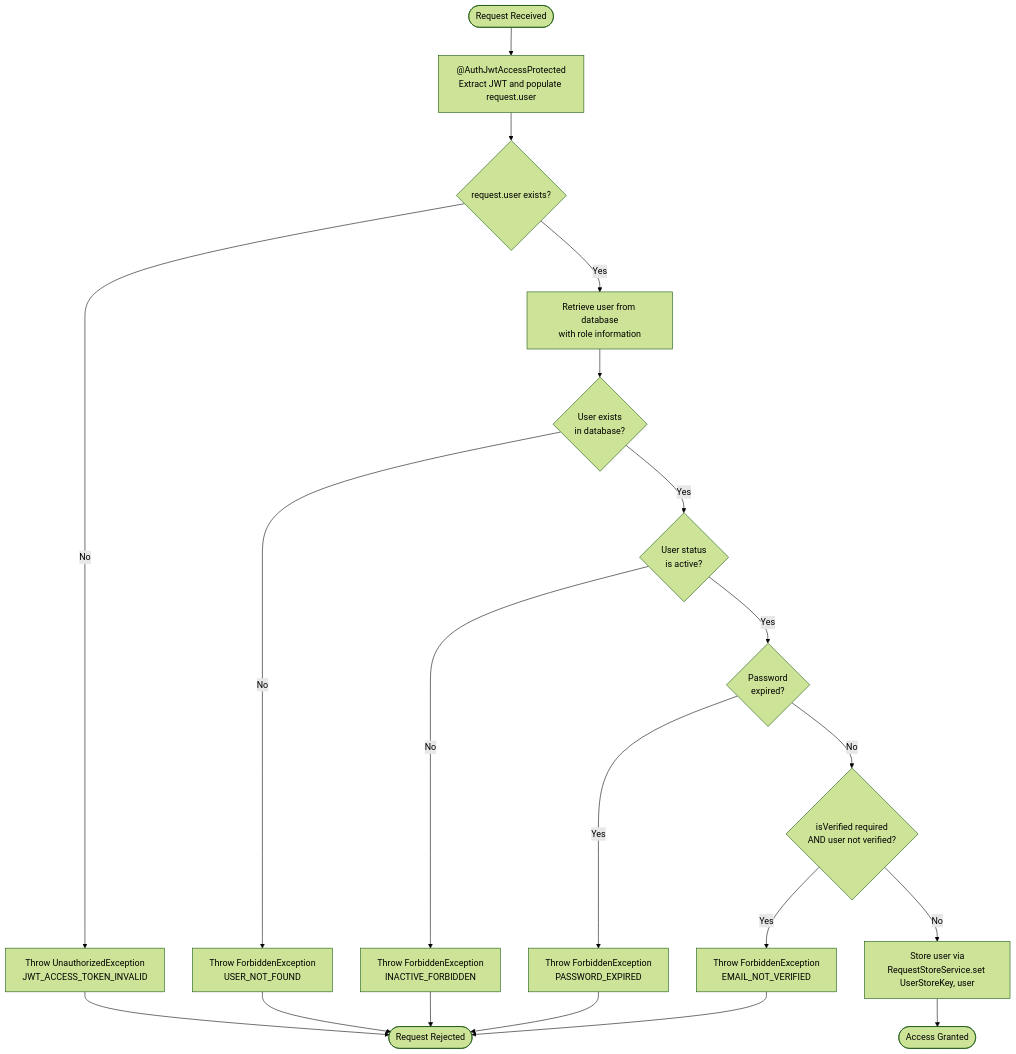
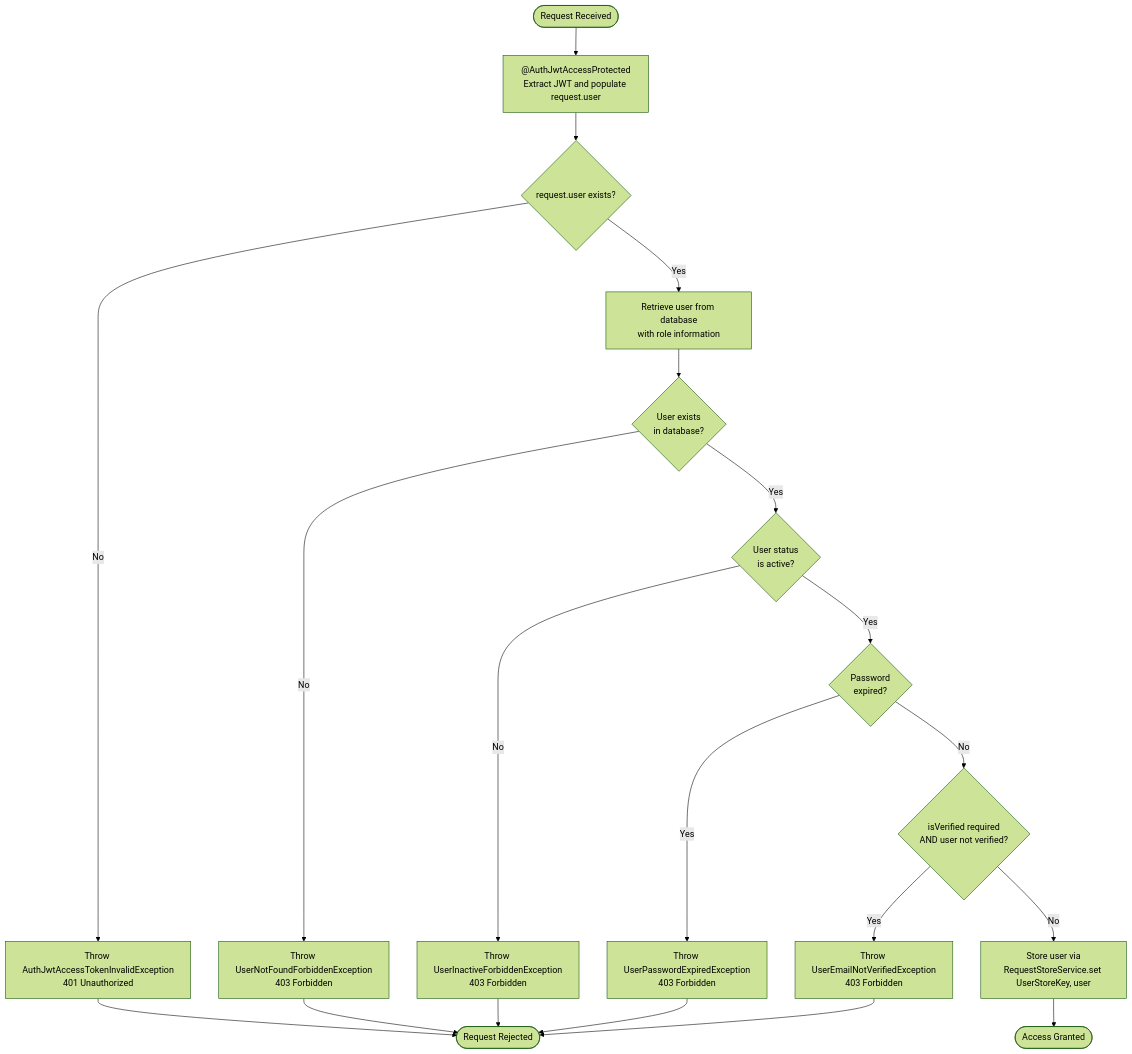
One commit to andrechristikan/ack-nestjs-boilerplate changed the first of 5 diagrams in docs/authorization.md. Above: the diagram before and after it, drawn with Mermaid (forest theme). The commit also changed other lines of this file and 156 other files, not shown here.

Commit message:
refactor: error exception and filter

````diff
--- a/docs/authorization.md
+++ b/docs/authorization.md
@@ -132,28 +132,28 @@
 ```mermaid
 flowchart TD
     Start([Request Received]) --> JwtGuard[ @AuthJwtAccessProtected<br/>Extract JWT and populate request.user]
     JwtGuard --> CheckAuth{request.user exists?}
-    CheckAuth -->|No| ErrorAuth[Throw UnauthorizedException<br/>JWT_ACCESS_TOKEN_INVALID]
+    CheckAuth -->|No| ErrorAuth[Throw AuthJwtAccessTokenInvalidException<br/>401 Unauthorized]
     CheckAuth -->|Yes| LookupUser[Retrieve user from database<br/>with role information]
     
     LookupUser --> UserExists{User exists<br/>in database?}
-    UserExists -->|No| ErrorNotFound[Throw ForbiddenException<br/>USER_NOT_FOUND]
+    UserExists -->|No| ErrorNotFound[Throw UserNotFoundForbiddenException<br/>403 Forbidden]
     UserExists -->|Yes| CheckStatus{User status<br/>is active?}
     
-    CheckStatus -->|No| ErrorInactive[Throw ForbiddenException<br/>INACTIVE_FORBIDDEN]
+    CheckStatus -->|No| ErrorInactive[Throw UserInactiveForbiddenException<br/>403 Forbidden]
     CheckStatus -->|Yes| CheckPassword{Password<br/>expired?}
     
-    CheckPassword -->|Yes| ErrorPassword[Throw ForbiddenException<br/>PASSWORD_EXPIRED]
+    CheckPassword -->|Yes| ErrorPassword[Throw UserPasswordExpiredException<br/>403 Forbidden]
     CheckPassword -->|No| CheckVerified{isVerified required<br/>AND user not verified?}
     
-    CheckVerified -->|Yes| ErrorVerified[Throw ForbiddenException<br/>EMAIL_NOT_VERIFIED]
+    CheckVerified -->|Yes| ErrorVerified[Throw UserEmailNotVerifiedException<br/>403 Forbidden]
     CheckVerified -->|No| SetUser[Store user via<br/>RequestStoreService.set UserStoreKey, user]
     
     SetUser --> Success([Access Granted])
     
     ErrorAuth --> End([Request Rejected])
     ErrorNotFound --> End
     ErrorInactive --> End
     ErrorPassword --> End
     ErrorVerified --> End
 ```
````
